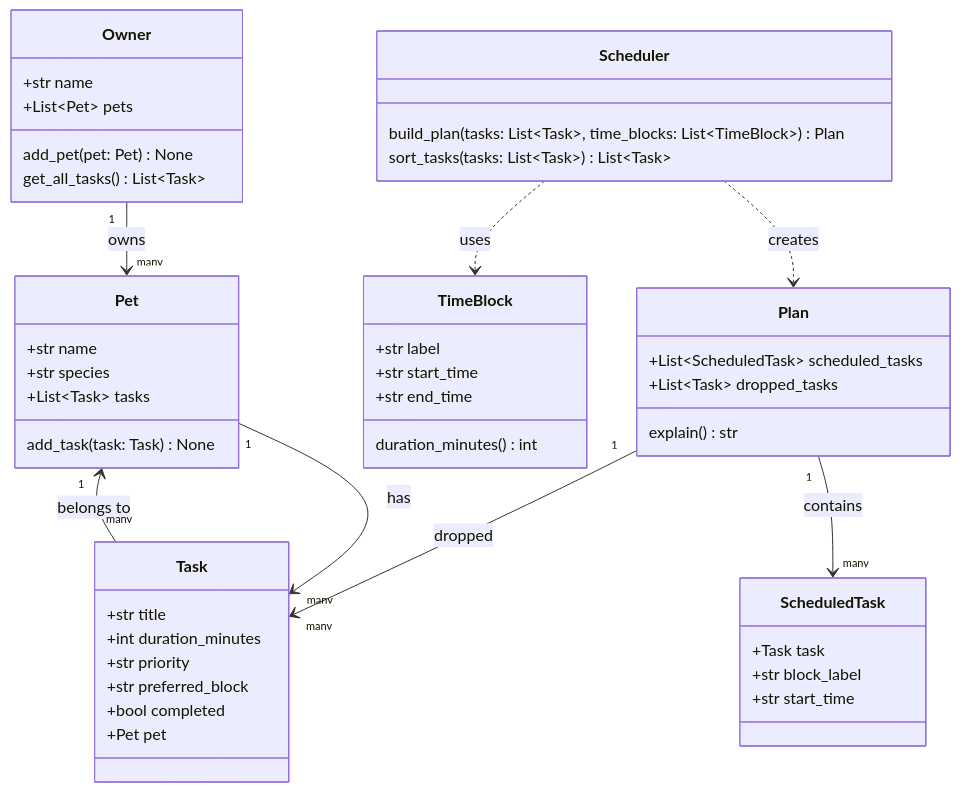
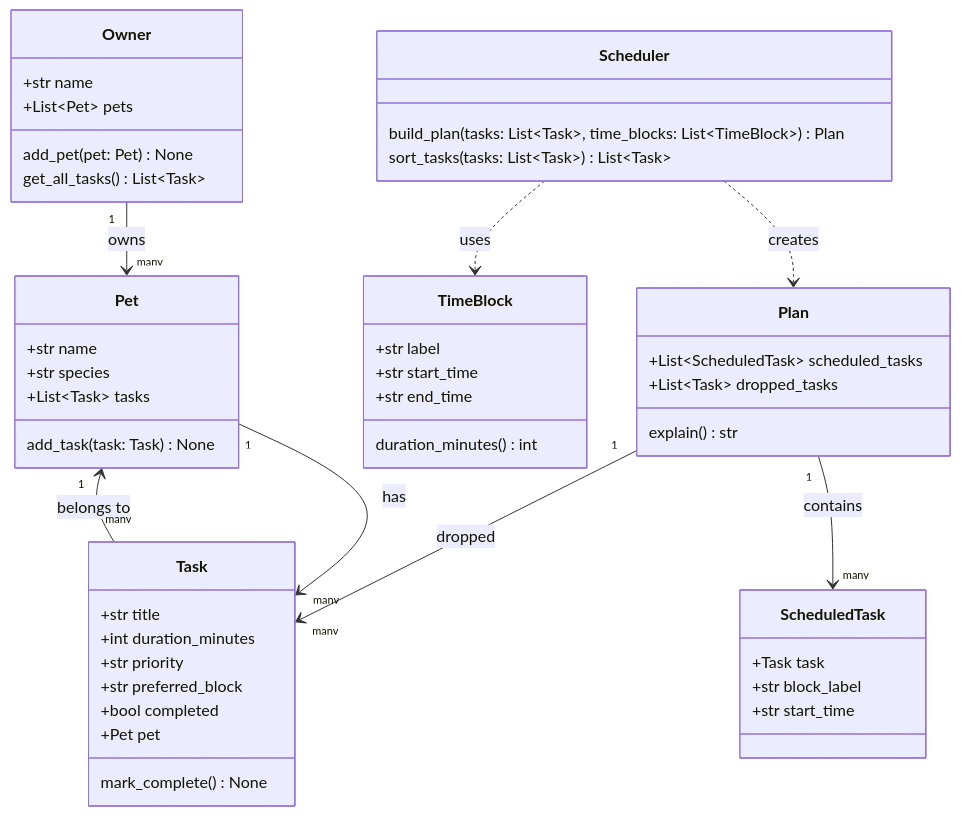
One commit to norellic/pawpal changed the diagram in diagrams/uml.mmd. Above: the diagram before and after it, drawn with Mermaid. The commit also changed 6 other files, not shown here.

```diff
--- a/diagrams/uml.mmd
+++ b/diagrams/uml.mmd
@@ -1,59 +1,60 @@
 classDiagram
     %% PawPal+ draft UML — single owner, single pet, one day, multiple time blocks.
     %% Refine this as implementation reveals gaps (see reflection.md 1b).
 
     class Owner {
         +str name
         +List~Pet~ pets
         add_pet(pet: Pet) None
         get_all_tasks() List~Task~
     }
 
     class Pet {
         +str name
         +str species
         +List~Task~ tasks
         add_task(task: Task) None
     }
 
     class Task {
         +str title
         +int duration_minutes
         +str priority
         +str preferred_block
         +bool completed
         +Pet pet
+        mark_complete() None
     }
 
     class TimeBlock {
         +str label
         +str start_time
         +str end_time
         duration_minutes() int
     }
 
     %% TODO: sort_tasks priority ties currently break by shorter duration — revisit tie-break rule later
     class Scheduler {
         build_plan(tasks: List~Task~, time_blocks: List~TimeBlock~) Plan
         sort_tasks(tasks: List~Task~) List~Task~
     }
 
     class Plan {
         +List~ScheduledTask~ scheduled_tasks
         +List~Task~ dropped_tasks
         explain() str
     }
 
     class ScheduledTask {
         +Task task
         +str block_label
         +str start_time
     }
 
     Owner "1" --> "many" Pet : owns
     Pet "1" --> "many" Task : has
     Task "many" --> "1" Pet : belongs to
     Scheduler ..> Plan : creates
     Scheduler ..> TimeBlock : uses
     Plan "1" --> "many" ScheduledTask : contains
     Plan "1" --> "many" Task : dropped
```
